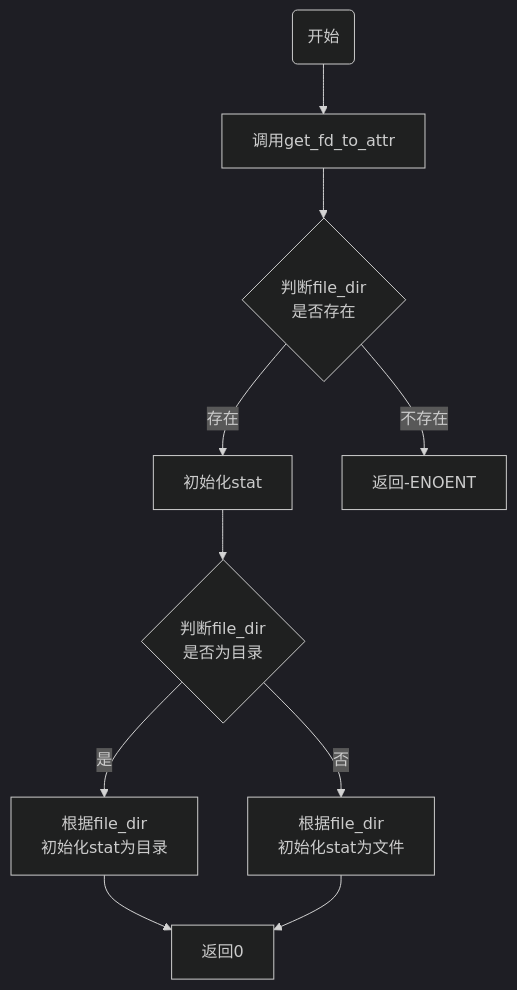
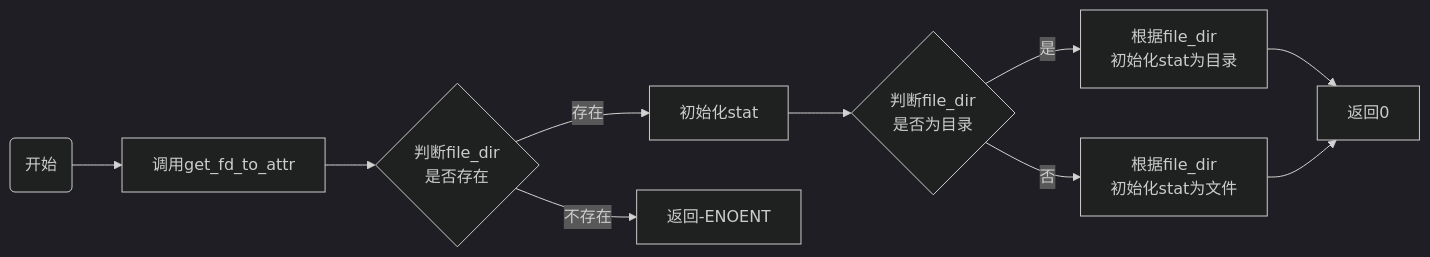
The second of 6 diagrams in mermaid.md (1328411791/WfsFileSystem), drawn with Mermaid (dark theme) before and after one commit. The commit also changed other lines of this file and 1 other file, not shown here.

````diff
--- a/mermaid.md
+++ b/mermaid.md
@@ -2,12 +24,12 @@
 ```mermaid
-graph TD
+graph LR
 start(开始) --> B[调用get_fd_to_attr]
     B --> C{判断file_dir \n是否存在}
     C --> |存在| D[初始化stat]
     C --> |不存在| E[返回-ENOENT]
     D --> F{判断file_dir \n 是否为目录}
     F --> |是| G[根据file_dir \n初始化stat为目录]
     F --> |否| H[根据file_dir \n初始化stat为文件]
     G --> I[返回0]
     H --> I[返回0]
 ```
````
